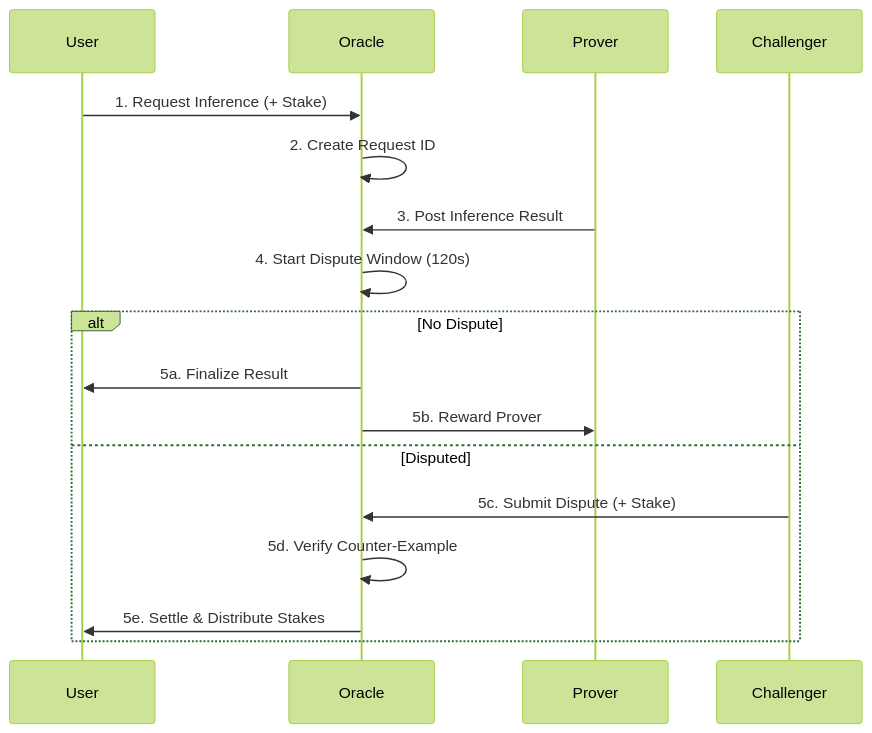
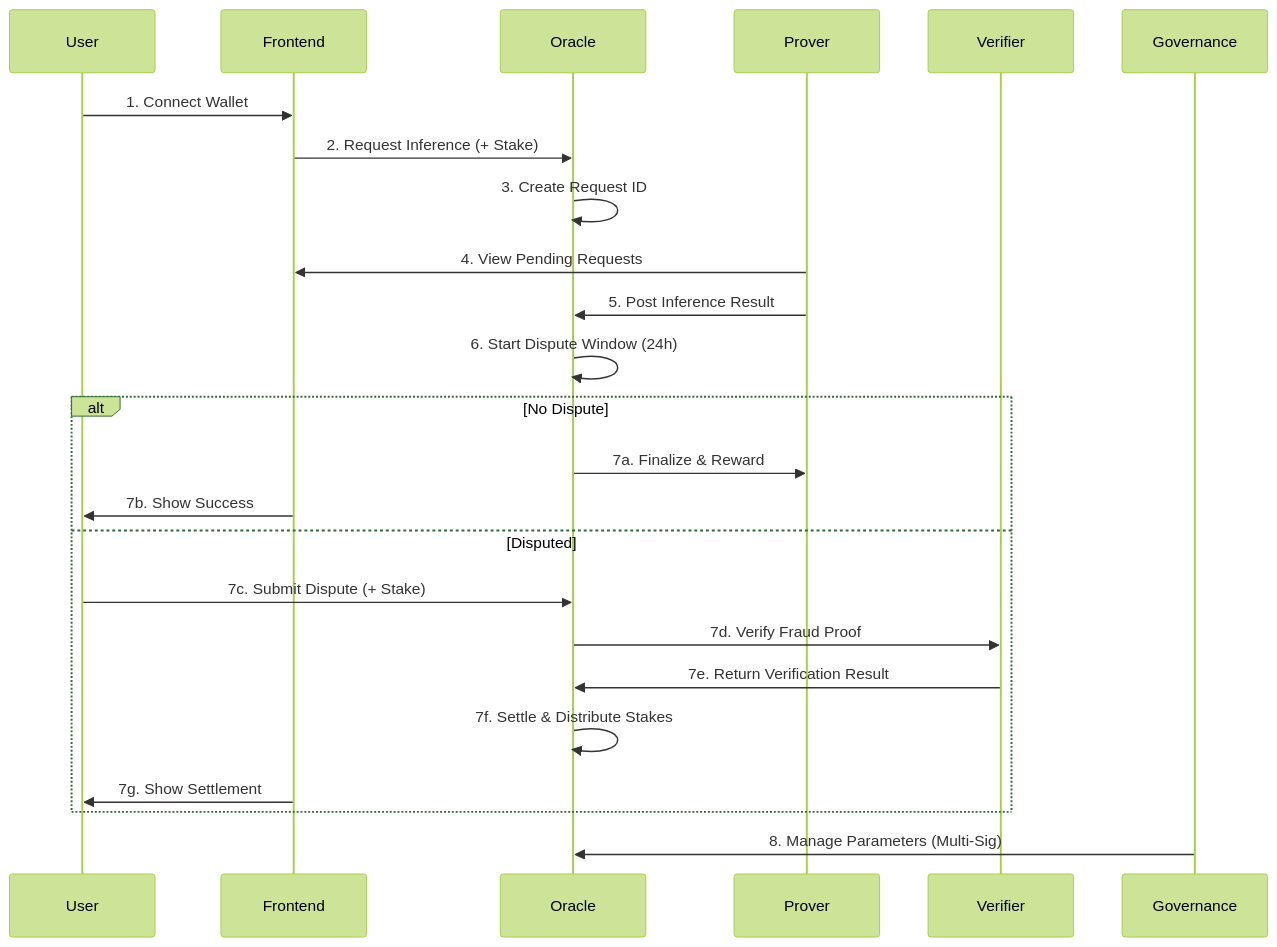
The diagram in README.md (IamTamheedNazir/optimistic-ai-oracle), drawn with Mermaid (forest theme) before and after one commit. The commit also changed other lines of this file, not shown here.

````diff
--- a/README.md
+++ b/README.md
@@ -77,21 +196,30 @@
 ```mermaid
 sequenceDiagram
     participant User
+    participant Frontend
     participant Oracle
     participant Prover
-    participant Challenger
+    participant Verifier
+    participant Governance
     
-    User->>Oracle: 1. Request Inference (+ Stake)
-    Oracle->>Oracle: 2. Create Request ID
-    Prover->>Oracle: 3. Post Inference Result
-    Oracle->>Oracle: 4. Start Dispute Window (120s)
+    User->>Frontend: 1. Connect Wallet
+    Frontend->>Oracle: 2. Request Inference (+ Stake)
+    Oracle->>Oracle: 3. Create Request ID
+    
+    Prover->>Frontend: 4. View Pending Requests
+    Prover->>Oracle: 5. Post Inference Result
+    Oracle->>Oracle: 6. Start Dispute Window (24h)
     
     alt No Dispute
-        Oracle->>User: 5a. Finalize Result
-        Oracle->>Prover: 5b. Reward Prover
+        Oracle->>Prover: 7a. Finalize & Reward
+        Frontend->>User: 7b. Show Success
     else Disputed
-        Challenger->>Oracle: 5c. Submit Dispute (+ Stake)
-        Oracle->>Oracle: 5d. Verify Counter-Example
-        Oracle->>User: 5e. Settle & Distribute Stakes
+        User->>Oracle: 7c. Submit Dispute (+ Stake)
+        Oracle->>Verifier: 7d. Verify Fraud Proof
+        Verifier->>Oracle: 7e. Return Verification Result
+        Oracle->>Oracle: 7f. Settle & Distribute Stakes
+        Frontend->>User: 7g. Show Settlement
     end
+    
+    Governance->>Oracle: 8. Manage Parameters (Multi-Sig)
 ```
````
